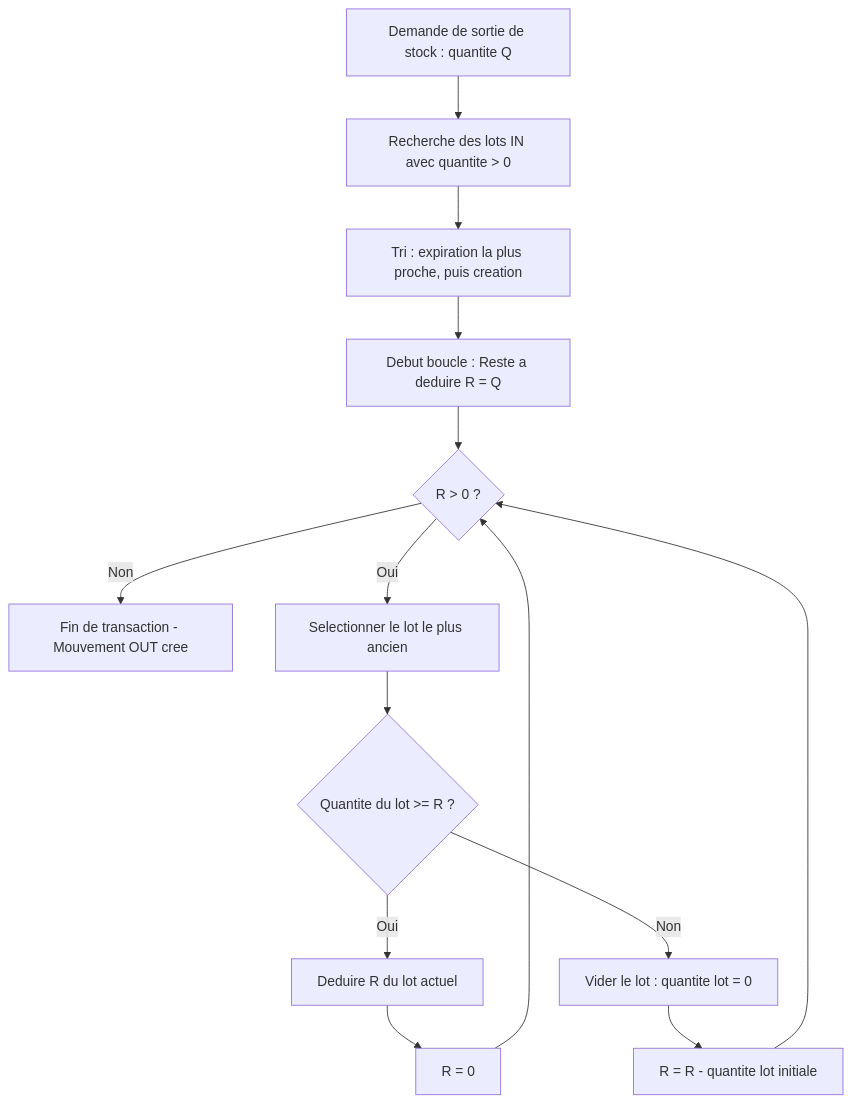
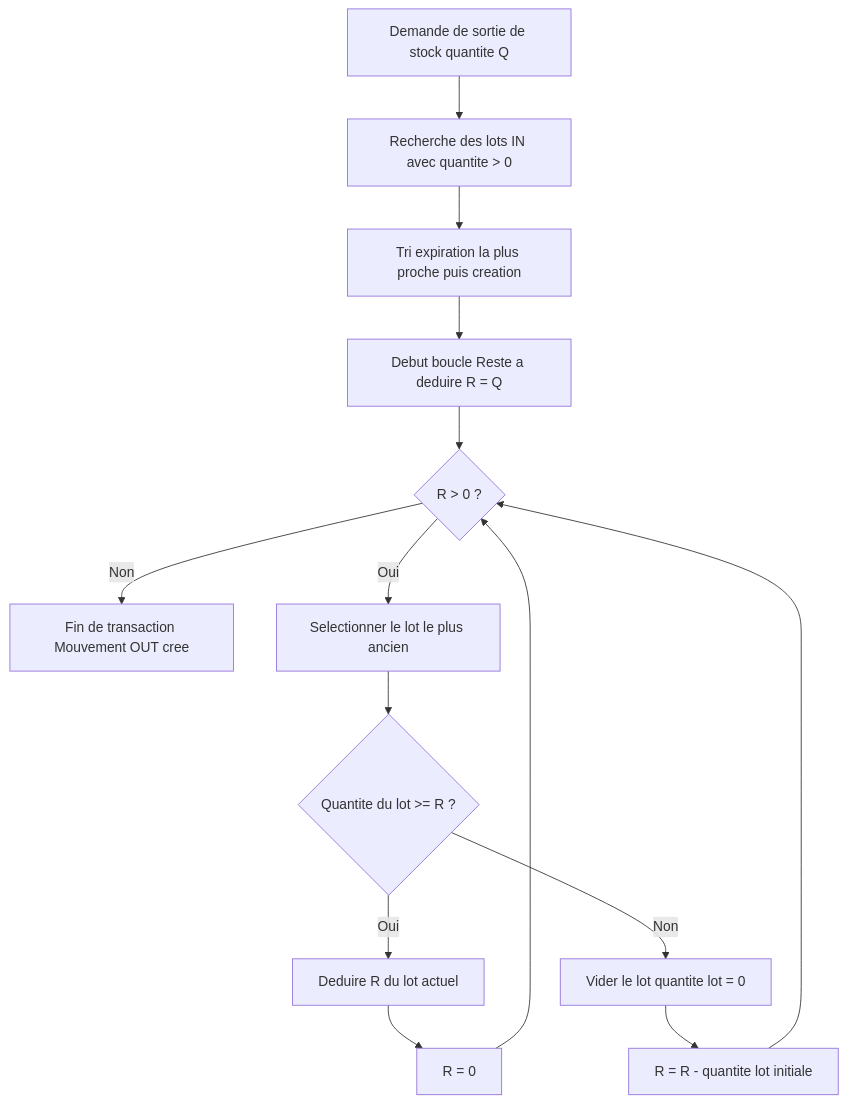
The sixth of 6 diagrams in docs/RAPPORT_TECHNIQUE.md (Xoner1/AeroServe), drawn with Mermaid before and after one commit. The commit also changed other lines of this file, not shown here.

Commit message:
fix: repair Mermaid diagrams in RAPPORT_TECHNIQUE.md — removed colons and parentheses from node labels that broke GitHub parser

````diff
--- a/docs/RAPPORT_TECHNIQUE.md
+++ b/docs/RAPPORT_TECHNIQUE.md
@@ -451,19 +451,19 @@
 ```mermaid
 flowchart TD
-    Start[Demande de sortie de stock : quantite Q] --> GetLots[Recherche des lots IN avec quantite > 0]
-    GetLots --> SortLots[Tri : expiration la plus proche, puis creation]
-    SortLots --> Init[Debut boucle : Reste a deduire R = Q]
+    Start[Demande de sortie de stock quantite Q] --> GetLots[Recherche des lots IN avec quantite > 0]
+    GetLots --> SortLots[Tri expiration la plus proche puis creation]
+    SortLots --> Init[Debut boucle Reste a deduire R = Q]
     Init --> CheckR{R > 0 ?}
     
-    CheckR -->|Non| Complete[Fin de transaction - Mouvement OUT cree]
+    CheckR -->|Non| Complete[Fin de transaction Mouvement OUT cree]
     CheckR -->|Oui| GetFirst[Selectionner le lot le plus ancien]
     GetFirst --> CheckBatch{Quantite du lot >= R ?}
     
     CheckBatch -->|Oui| DeductPart[Deduire R du lot actuel]
     DeductPart --> SetRZero[R = 0]
     SetRZero --> CheckR
     
-    CheckBatch -->|Non| EmptyBatch[Vider le lot : quantite lot = 0]
+    CheckBatch -->|Non| EmptyBatch[Vider le lot quantite lot = 0]
     EmptyBatch --> SubstractR[R = R - quantite lot initiale]
     SubstractR --> CheckR
 ```
````
